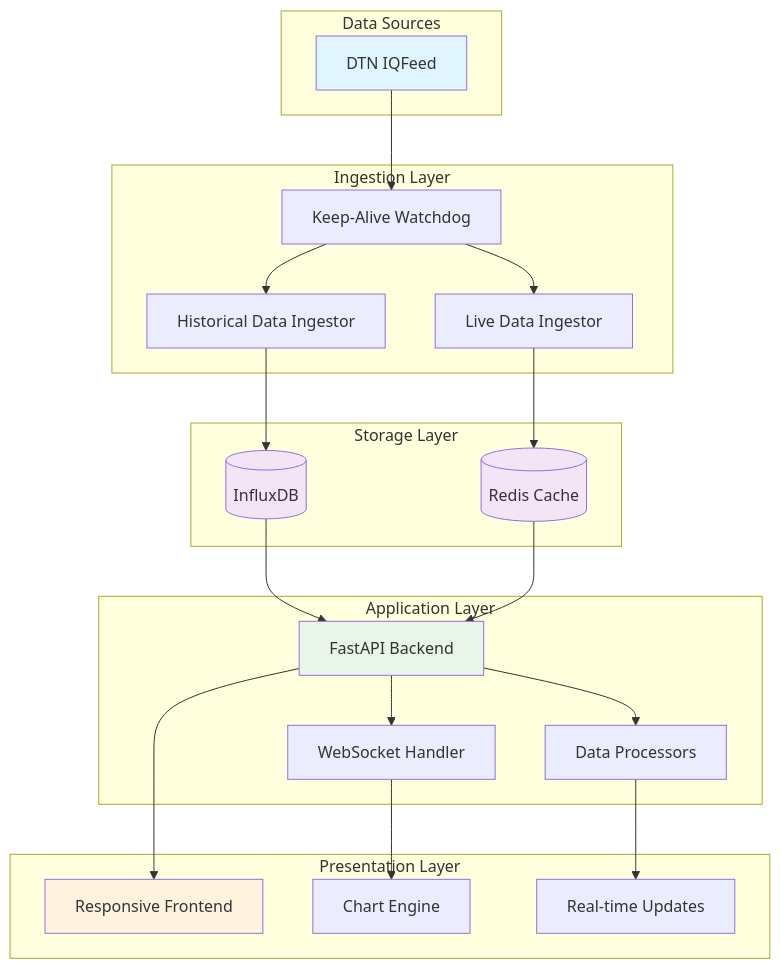
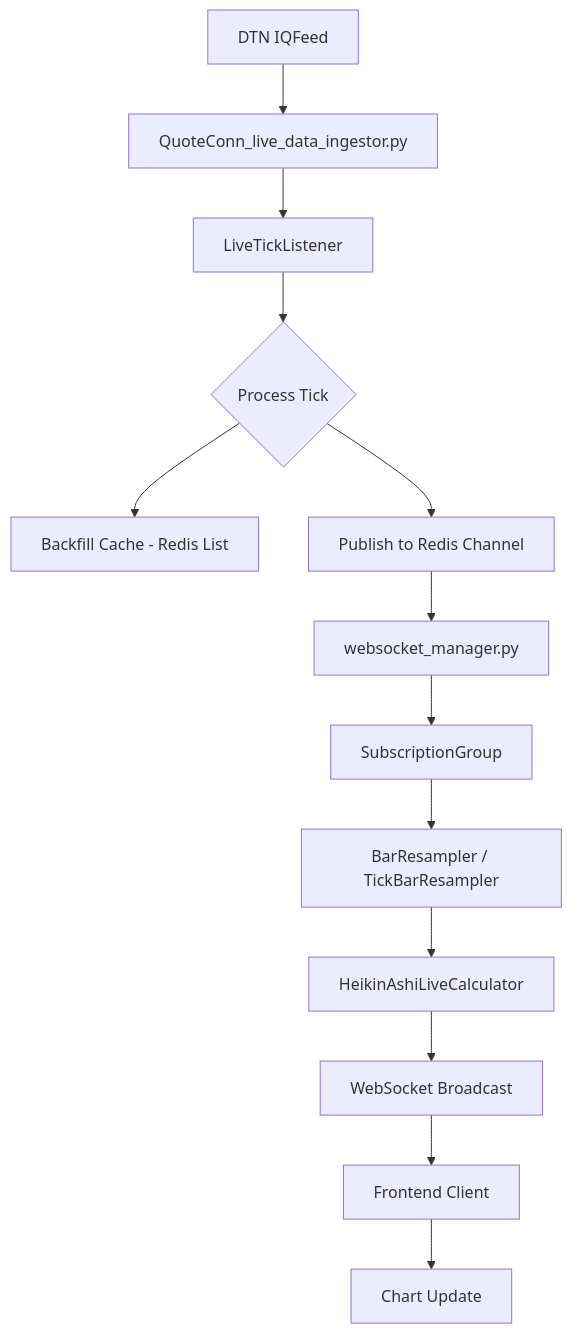
One commit to chaitanyamurarka/trading_platform_v7 changed the fourth of 4 diagrams in readme.md. Above: the diagram before and after it, drawn with Mermaid. The commit also changed other lines of this file and 1 other file, not shown here.

````diff
--- a/readme.md
+++ b/readme.md
@@ -56,50 +493,18 @@
 ```mermaid
-graph TB
-    subgraph "Data Sources"
-        A[DTN IQFeed]
-    end
-
-    subgraph "Ingestion Layer"
-        B[Keep-Alive Watchdog]
-        C[Historical Data Ingestor]
-        D[Live Data Ingestor]
-    end
-
-    subgraph "Storage Layer"
-        E[(InfluxDB)]
-        F[(Redis Cache)]
-    end
-
-    subgraph "Application Layer"
-        G[FastAPI Backend]
-        H[WebSocket Handler]
-        I[Data Processors]
-    end
-
-    subgraph "Presentation Layer"
-        J[Responsive Frontend]
-        K[Chart Engine]
-        L[Real-time Updates]
-    end
-
-    A --> B
-    B --> C
-    B --> D
-    C --> E
-    D --> F
+flowchart TD
+    A[DTN IQFeed] --> B[QuoteConn_live_data_ingestor.py]
+    B --> C[LiveTickListener]
+    C --> D{Process Tick}
     
-    E --> G
-    F --> G
-    G --> H
-    G --> I
+    D --> E[Backfill Cache - Redis List]
+    D --> F[Publish to Redis Channel]
     
-    G --> J
-    H --> K
-    I --> L
+    F --> G[websocket_manager.py]
+    G --> H[SubscriptionGroup]
+    H --> I[BarResampler / TickBarResampler]
+    I --> J[HeikinAshiLiveCalculator]
     
-    style A fill:#e1f5fe
-    style E fill:#f3e5f5
-    style F fill:#f3e5f5
-    style G fill:#e8f5e8
-    style J fill:#fff3e0
+    J --> K[WebSocket Broadcast]
+    K --> L[Frontend Client]
+    L --> M[Chart Update]
 ```
````
